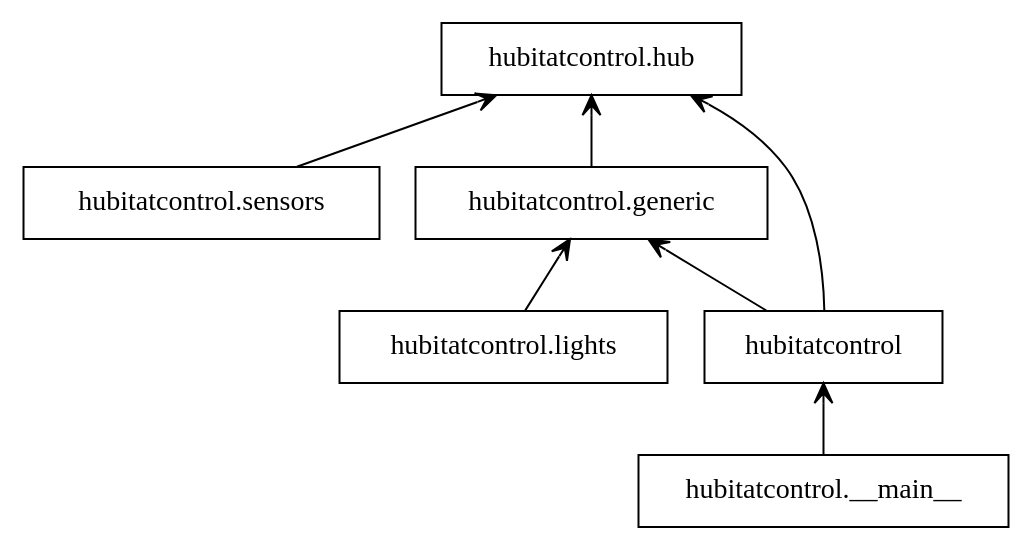
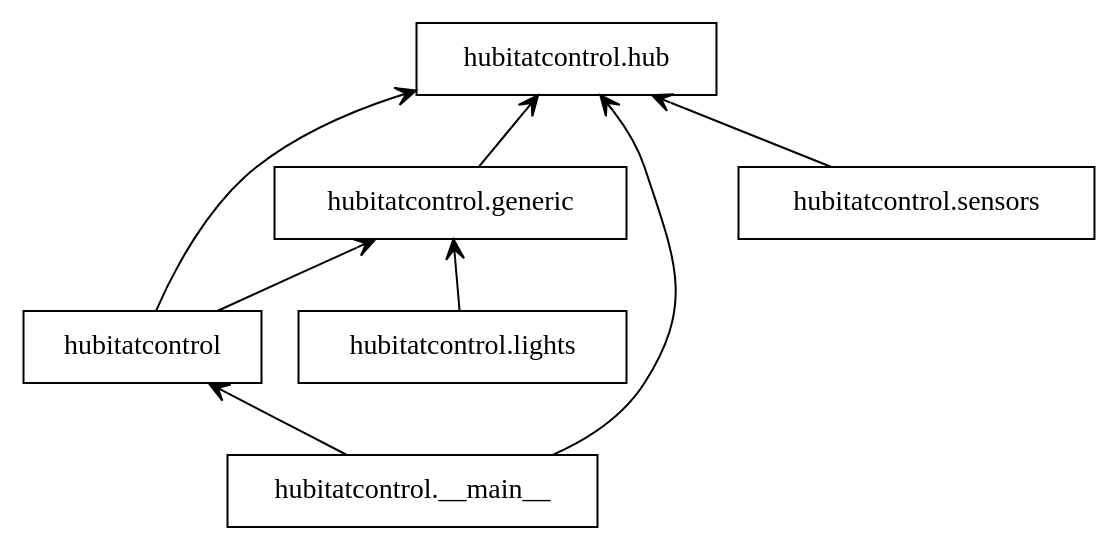
The diagram in docs/packages.dot (Jelloeater/hubitatcontrol), drawn with Graphviz before and after one commit. The commit also changed 4 other files, not shown here.

```diff
--- a/docs/packages.dot
+++ b/docs/packages.dot
@@ -1,16 +1,17 @@
 digraph "packages" {
 rankdir=BT
 charset="utf-8"
 "hubitatcontrol" [color="black", label=<hubitatcontrol>, shape="box", style="solid"];
 "hubitatcontrol.__main__" [color="black", label=<hubitatcontrol.__main__>, shape="box", style="solid"];
 "hubitatcontrol.generic" [color="black", label=<hubitatcontrol.generic>, shape="box", style="solid"];
 "hubitatcontrol.hub" [color="black", label=<hubitatcontrol.hub>, shape="box", style="solid"];
 "hubitatcontrol.lights" [color="black", label=<hubitatcontrol.lights>, shape="box", style="solid"];
 "hubitatcontrol.sensors" [color="black", label=<hubitatcontrol.sensors>, shape="box", style="solid"];
 "hubitatcontrol" -> "hubitatcontrol.generic" [arrowhead="open", arrowtail="none"];
 "hubitatcontrol" -> "hubitatcontrol.hub" [arrowhead="open", arrowtail="none"];
 "hubitatcontrol.__main__" -> "hubitatcontrol" [arrowhead="open", arrowtail="none"];
+"hubitatcontrol.__main__" -> "hubitatcontrol.hub" [arrowhead="open", arrowtail="none"];
 "hubitatcontrol.generic" -> "hubitatcontrol.hub" [arrowhead="open", arrowtail="none"];
 "hubitatcontrol.lights" -> "hubitatcontrol.generic" [arrowhead="open", arrowtail="none"];
 "hubitatcontrol.sensors" -> "hubitatcontrol.hub" [arrowhead="open", arrowtail="none"];
 }
```
